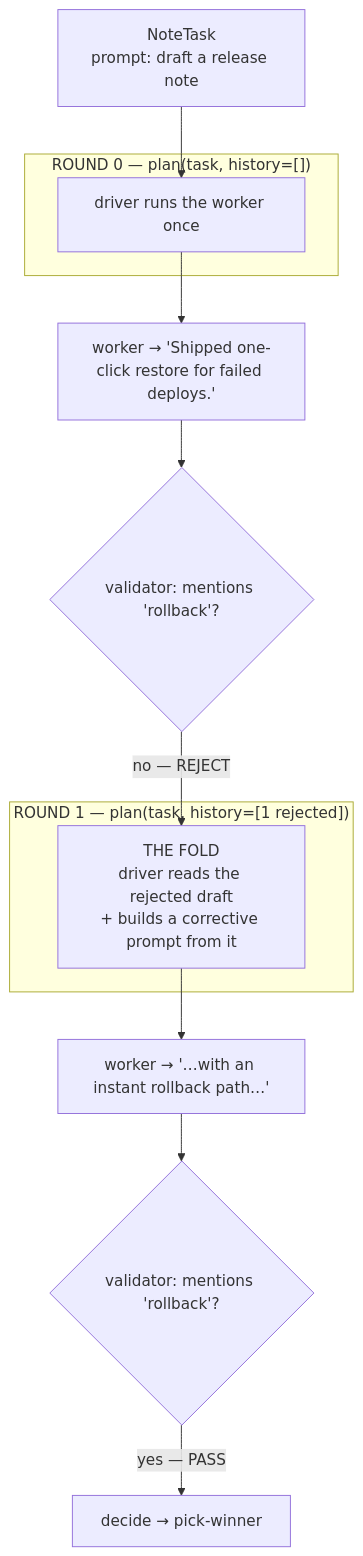
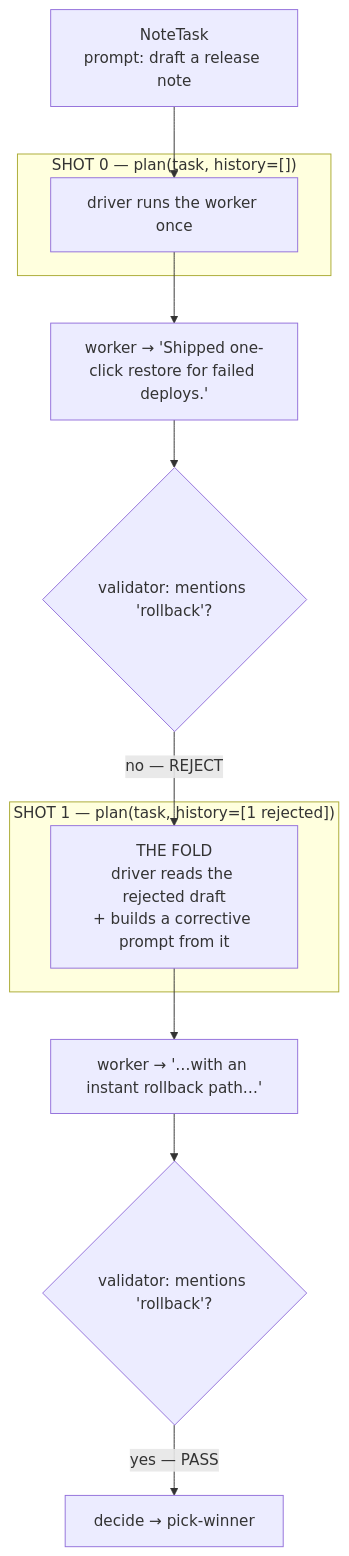
One commit to tangle-network/agent-runtime changed the diagram in examples/driver-loop/README.md. Above: the diagram before and after it, drawn with Mermaid. The commit also changed other lines of this file and 1 other file, not shown here.

First line of the commit message:
docs(examples): align driver-loop vocabulary — a shot is one driver-worker exchange

````diff
--- a/examples/driver-loop/README.md
+++ b/examples/driver-loop/README.md
@@ -43,16 +43,16 @@
 ```mermaid
 flowchart TD
   task["NoteTask\nprompt: draft a release note"] --> plan0
-  subgraph r0["ROUND 0 — plan(task, history=[])"]
+  subgraph s0["SHOT 0 — plan(task, history=[])"]
     plan0["driver runs the worker once"]
   end
   plan0 --> w0["worker → 'Shipped one-click restore for failed deploys.'"]
   w0 --> v0{"validator: mentions 'rollback'?"}
   v0 -->|no — REJECT| fold["THE FOLD\ndriver reads the rejected draft\n+ builds a corrective prompt from it"]
-  subgraph r1["ROUND 1 — plan(task, history=[1 rejected])"]
+  subgraph s1["SHOT 1 — plan(task, history=[1 rejected])"]
     fold
   end
   fold --> w1["worker → '…with an instant rollback path…'"]
   w1 --> v1{"validator: mentions 'rollback'?"}
   v1 -->|yes — PASS| done["decide → pick-winner"]
 ```
````
